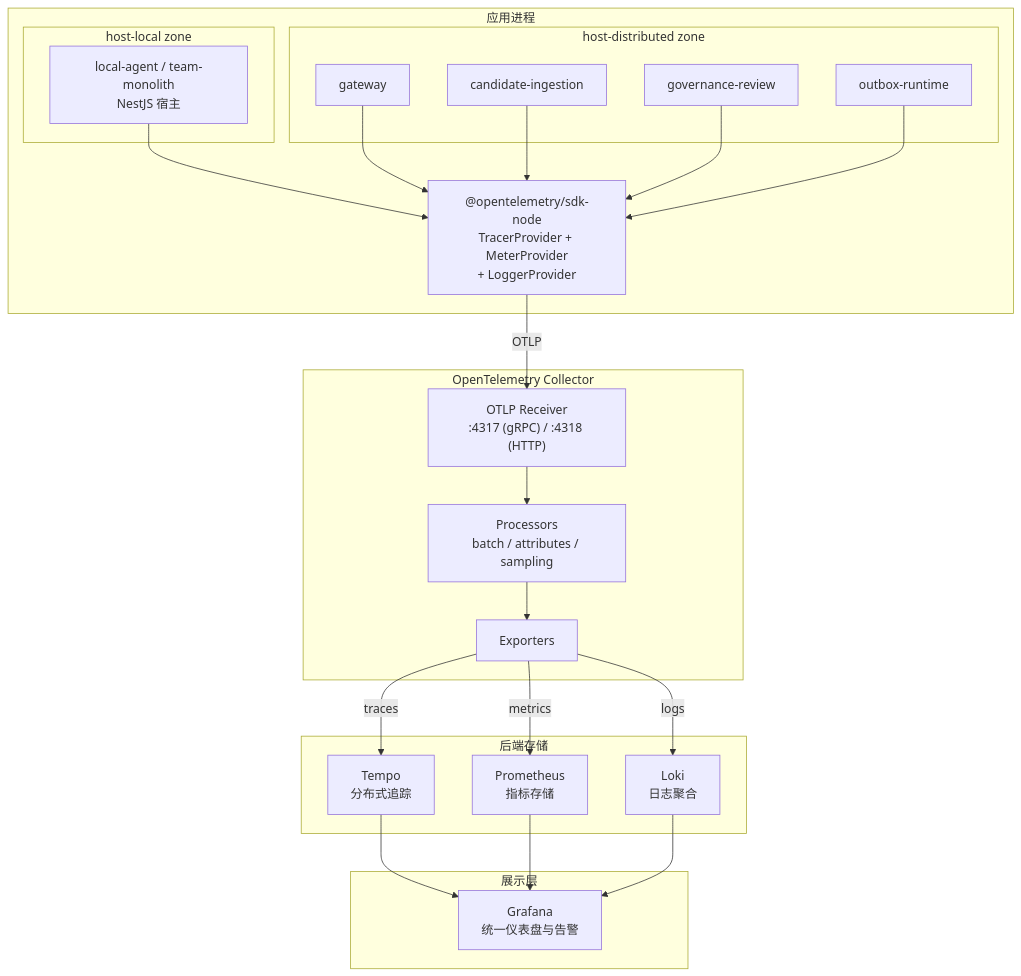
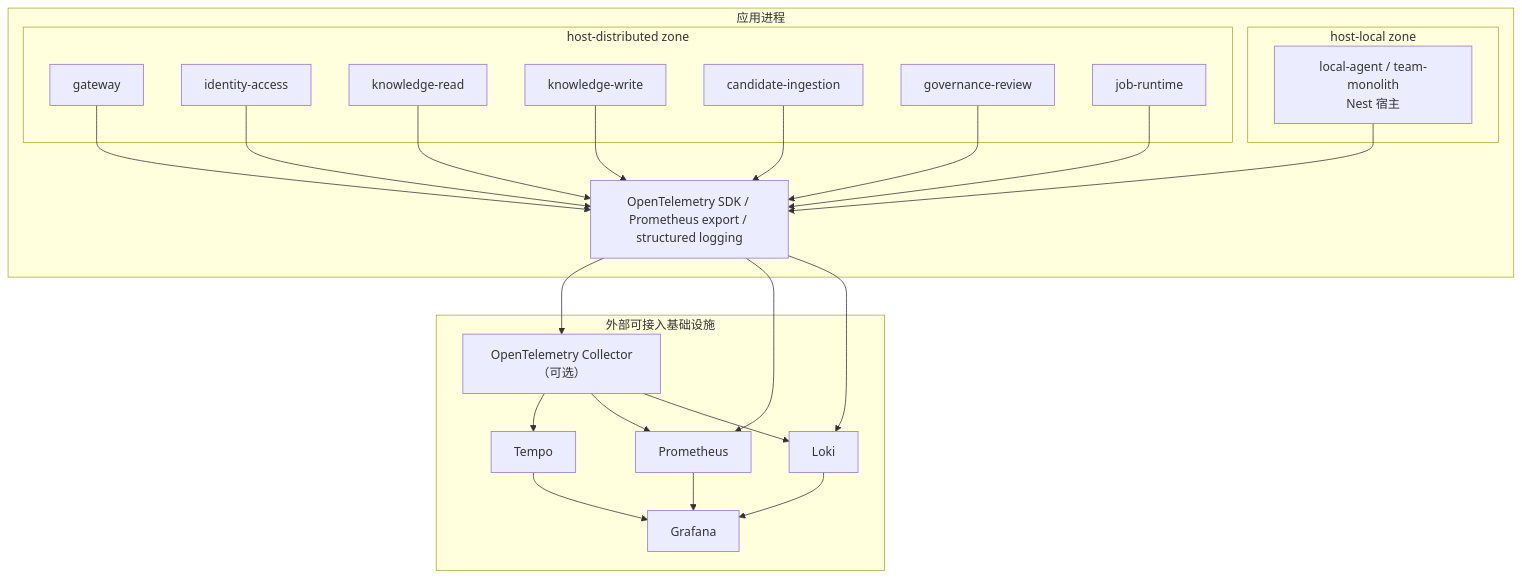
One commit to pofossette/TrapMap-for-vibing changed the diagram in docs/architecture/OBSERVABILITY.md. Above: the diagram before and after it, drawn with Mermaid. The commit also changed other lines of this file and 10 other files, not shown here.

First line of the commit message:
docs: sync architecture docs and zh-cn terminology

````diff
--- a/docs/architecture/OBSERVABILITY.md
+++ b/docs/architecture/OBSERVABILITY.md
@@ -18,47 +31,45 @@
 ```mermaid
 flowchart TB
     subgraph 应用进程["应用进程"]
         subgraph host-local zone
-            APP_LOCAL["local-agent / team-monolith<br/>NestJS 宿主"]
+            APP_LOCAL["local-agent / team-monolith<br/>Nest 宿主"]
         end
         subgraph host-distributed zone
             APP_GW["gateway"]
+            APP_ID["identity-access"]
+            APP_KR["knowledge-read"]
+            APP_KW["knowledge-write"]
             APP_CI["candidate-ingestion"]
             APP_GR["governance-review"]
-            APP_OR["outbox-runtime"]
+            APP_JR["job-runtime"]
         end
 
-        SDK["@opentelemetry/sdk-node<br/>TracerProvider + MeterProvider<br/>+ LoggerProvider"]
+        SDK["OpenTelemetry SDK / Prometheus export / structured logging"]
     end
 
-    subgraph OTel Collector["OpenTelemetry Collector"]
-        COL_RECEIVER["OTLP Receiver<br/>:4317 (gRPC) / :4318 (HTTP)"]
-        COL_PROCESSOR["Processors<br/>batch / attributes / sampling"]
-        COL_EXPORTER["Exporters"]
-    end
-
-    subgraph 后端存储["后端存储"]
-        TEMPO["Tempo<br/>分布式追踪"]
-        PROM["Prometheus<br/>指标存储"]
-        LOKI["Loki<br/>日志聚合"]
-    end
-
-    subgraph 展示层["展示层"]
-        GRAFANA["Grafana<br/>统一仪表盘与告警"]
+    subgraph 外部可接入基础设施["外部可接入基础设施"]
+        COL["OpenTelemetry Collector（可选）"]
+        TEMPO["Tempo"]
+        PROM["Prometheus"]
+        LOKI["Loki"]
+        GRAFANA["Grafana"]
     end
 
     APP_LOCAL --> SDK
     APP_GW --> SDK
+    APP_ID --> SDK
+    APP_KR --> SDK
+    APP_KW --> SDK
     APP_CI --> SDK
     APP_GR --> SDK
-    APP_OR --> SDK
-    SDK -->|OTLP| COL_RECEIVER
-    COL_RECEIVER --> COL_PROCESSOR
-    COL_PROCESSOR --> COL_EXPORTER
-    COL_EXPORTER -->|traces| TEMPO
-    COL_EXPORTER -->|metrics| PROM
-    COL_EXPORTER -->|logs| LOKI
+    APP_JR --> SDK
+    SDK --> COL
+    SDK --> PROM
+    SDK --> LOKI
+    COL --> TEMPO
+    COL --> PROM
+    COL --> LOKI
     TEMPO --> GRAFANA
     PROM --> GRAFANA
     LOKI --> GRAFANA
 ```
````
